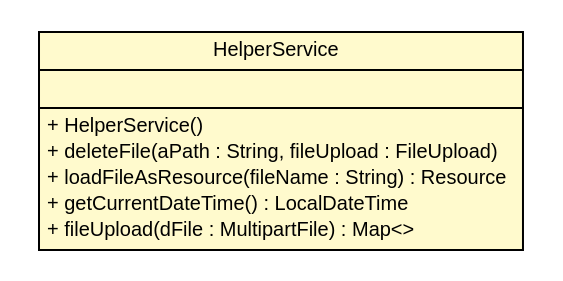
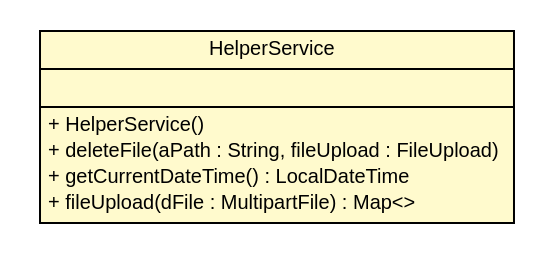
Before and after one commit to kunleawotunbo/exb_fileservice: the diagram in spring-fileservice-demo-project/server/target/apidocs/de/exb/platform/cloud/fileservice/service/HelperService.dot, drawn with Graphviz. The commit also changed 109 other files, not shown here.

```diff
--- a/spring-fileservice-demo-project/server/target/apidocs/de/exb/platform/cloud/fileservice/service/HelperService.dot
+++ b/spring-fileservice-demo-project/server/target/apidocs/de/exb/platform/cloud/fileservice/service/HelperService.dot
@@ -1,28 +1,27 @@
 #!/usr/local/bin/dot
 #
 # Class diagram 
 # Generated by UMLGraph version R5_6 (http://www.umlgraph.org/)
 #
 
 digraph G {
 	edge [fontname="arial",fontsize=10,labelfontname="arial",labelfontsize=10];
 	node [fontname="arial",fontsize=10,shape=plaintext];
 	nodesep=0.25;
 	ranksep=0.5;
 	// de.exb.platform.cloud.fileservice.service.HelperService
-	c372 [label=<<table title="de.exb.platform.cloud.fileservice.service.HelperService" border="0" cellborder="1" cellspacing="0" cellpadding="2" port="p" bgcolor="lemonChiffon" href="./HelperService.html">
+	c348 [label=<<table title="de.exb.platform.cloud.fileservice.service.HelperService" border="0" cellborder="1" cellspacing="0" cellpadding="2" port="p" bgcolor="lemonChiffon" href="./HelperService.html">
 		<tr><td><table border="0" cellspacing="0" cellpadding="1">
 <tr><td align="center" balign="center"> HelperService </td></tr>
 		</table></td></tr>
 		<tr><td><table border="0" cellspacing="0" cellpadding="1">
 <tr><td align="left" balign="left">  </td></tr>
 		</table></td></tr>
 		<tr><td><table border="0" cellspacing="0" cellpadding="1">
 <tr><td align="left" balign="left"> + HelperService() </td></tr>
 <tr><td align="left" balign="left"> + deleteFile(aPath : String, fileUpload : FileUpload) </td></tr>
-<tr><td align="left" balign="left"> + loadFileAsResource(fileName : String) : Resource </td></tr>
 <tr><td align="left" balign="left"> + getCurrentDateTime() : LocalDateTime </td></tr>
 <tr><td align="left" balign="left"> + fileUpload(dFile : MultipartFile) : Map&lt;&gt; </td></tr>
 		</table></td></tr>
 		</table>>, URL="./HelperService.html", fontname="arial", fontcolor="black", fontsize=10.0];
 }
```
